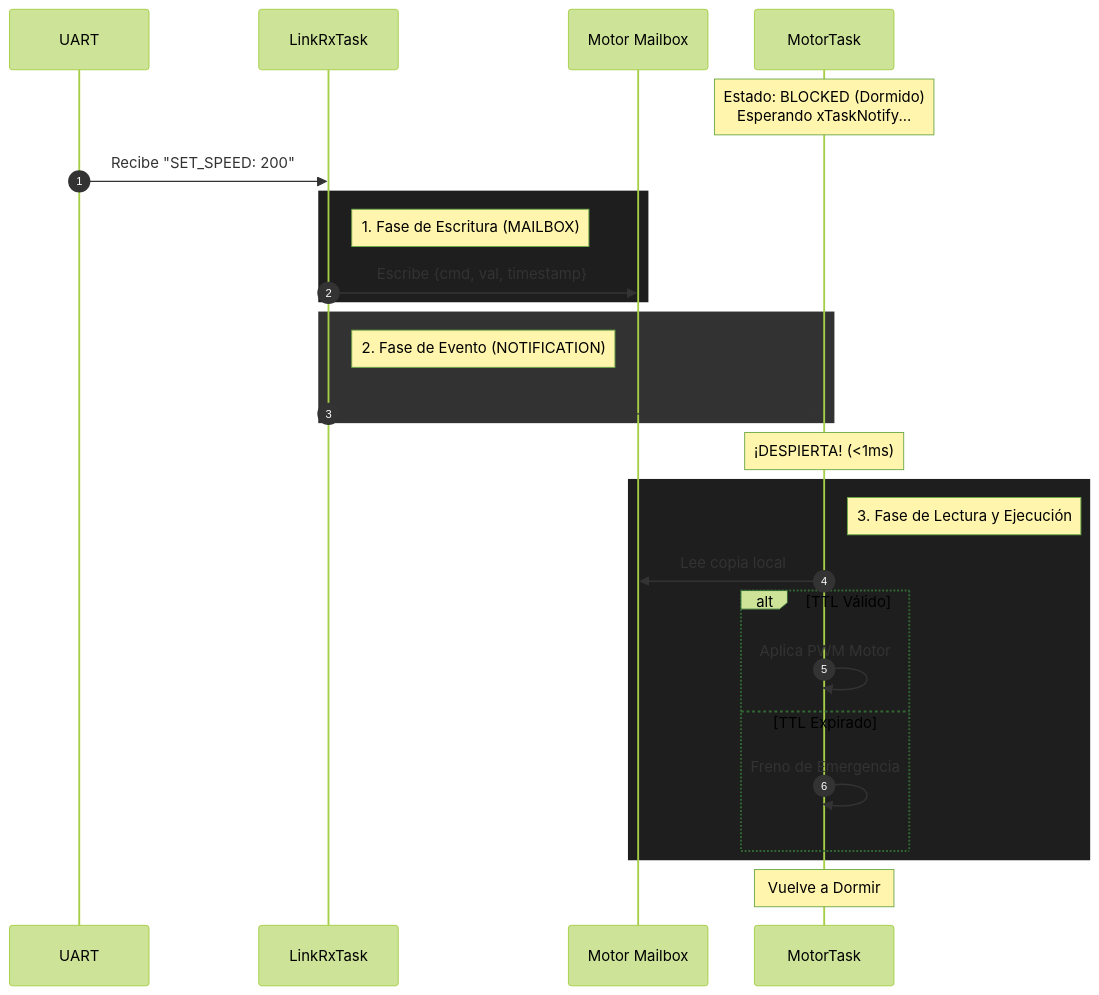
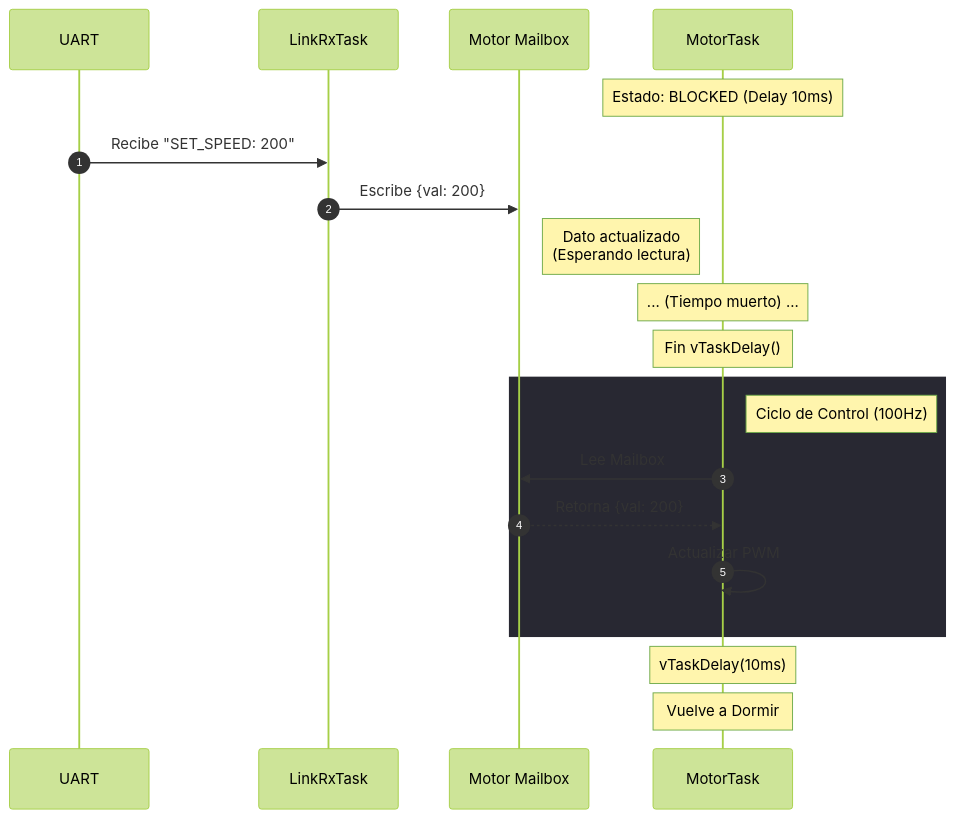
Before and after one commit to Robot-Autonomo-de-Laboratorio-BFMC/embedded: the first of 2 diagrams in README.md, drawn with Mermaid (forest theme). The commit also changed other lines of this file, not shown here.

First line of the commit message:
Revise Software Architecture Document for v2.0.0

````diff
--- a/README.md
+++ b/README.md
@@ -80,37 +70,31 @@
 ```mermaid
 sequenceDiagram
     autonumber
-    participant UART as UART
+    participant UART
     participant Producer as LinkRxTask
     participant Data as Motor Mailbox
     participant Consumer as MotorTask
 
-    Note over Consumer: Estado: BLOCKED (Dormido)<br/>Esperando xTaskNotify...
+    Note over Consumer: Estado: BLOCKED (Delay 10ms)
 
+    %% El dato llega mientras la tarea duerme
     UART->>Producer: Recibe "SET_SPEED: 200"
+    Producer->>Data: Escribe {val: 200}
+    Note right of Data: Dato actualizado<br/>(Esperando lectura)
+
+    %% La tarea sigue durmiendo...
+    Note over Consumer: ... (Tiempo muerto) ...
+
+    %% Finalmente despierta por el Timer
+    Note over Consumer: Fin vTaskDelay()
     
-    rect rgb(30, 30, 30)
-        note right of Producer: 1. Fase de Escritura (MAILBOX)
-        Producer->>Data: Escribe {cmd, val, timestamp}
+    rect rgb(40, 40, 50)
+        note right of Consumer: Ciclo de Control (100Hz)
+        Consumer->>Data: Lee Mailbox
+        Data-->>Consumer: Retorna {val: 200}
+        Consumer->>Consumer: Actualizar PWM
     end
 
-    rect rgb(50, 50, 50)
-        note right of Producer: 2. Fase de Evento (NOTIFICATION)
-        Producer->>Consumer: xTaskNotify()
-    end
-
-    Note over Consumer: ¡DESPIERTA! (<1ms)
-
-    rect rgb(30, 30, 30)
-        note right of Consumer: 3. Fase de Lectura y Ejecución
-        Consumer->>Data: Lee copia local
-        
-        alt TTL Válido
-            Consumer->>Consumer: Aplica PWM Motor
-        else TTL Expirado
-            Consumer->>Consumer: Freno de Emergencia
-        end
-    end
-    
+    Note over Consumer: vTaskDelay(10ms)
     Note over Consumer: Vuelve a Dormir
 ```
````
